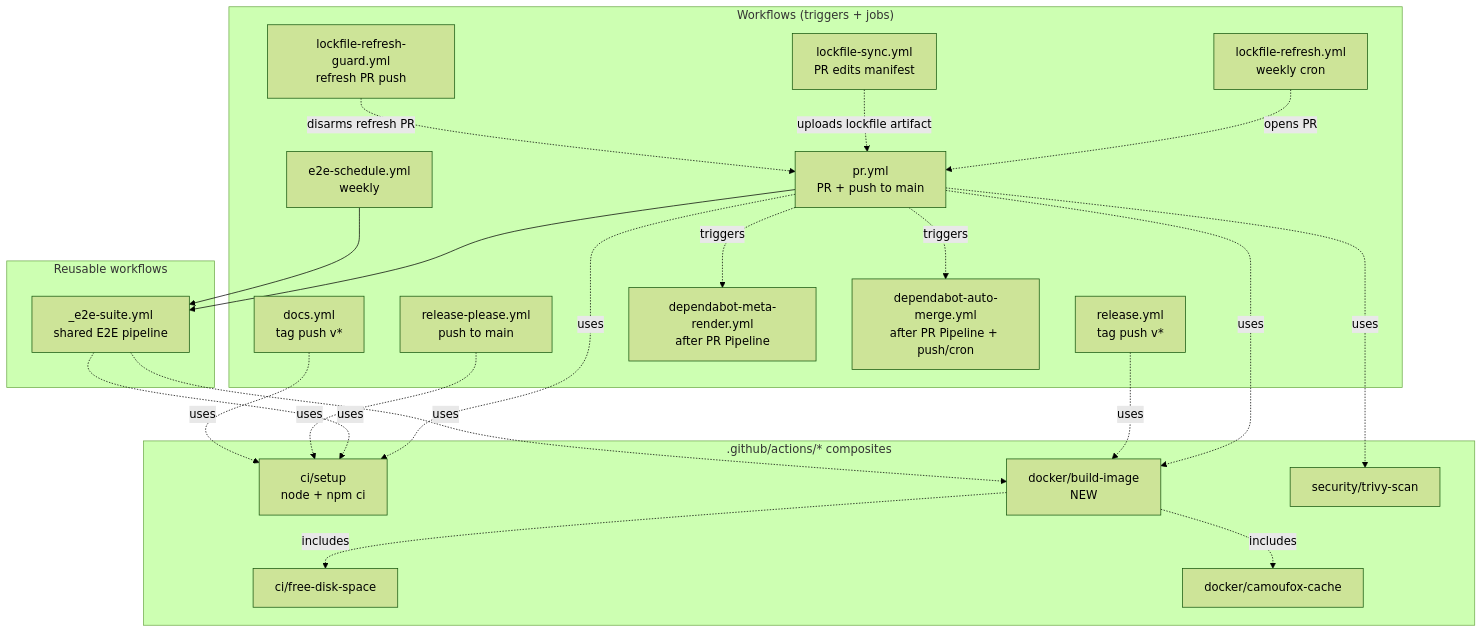
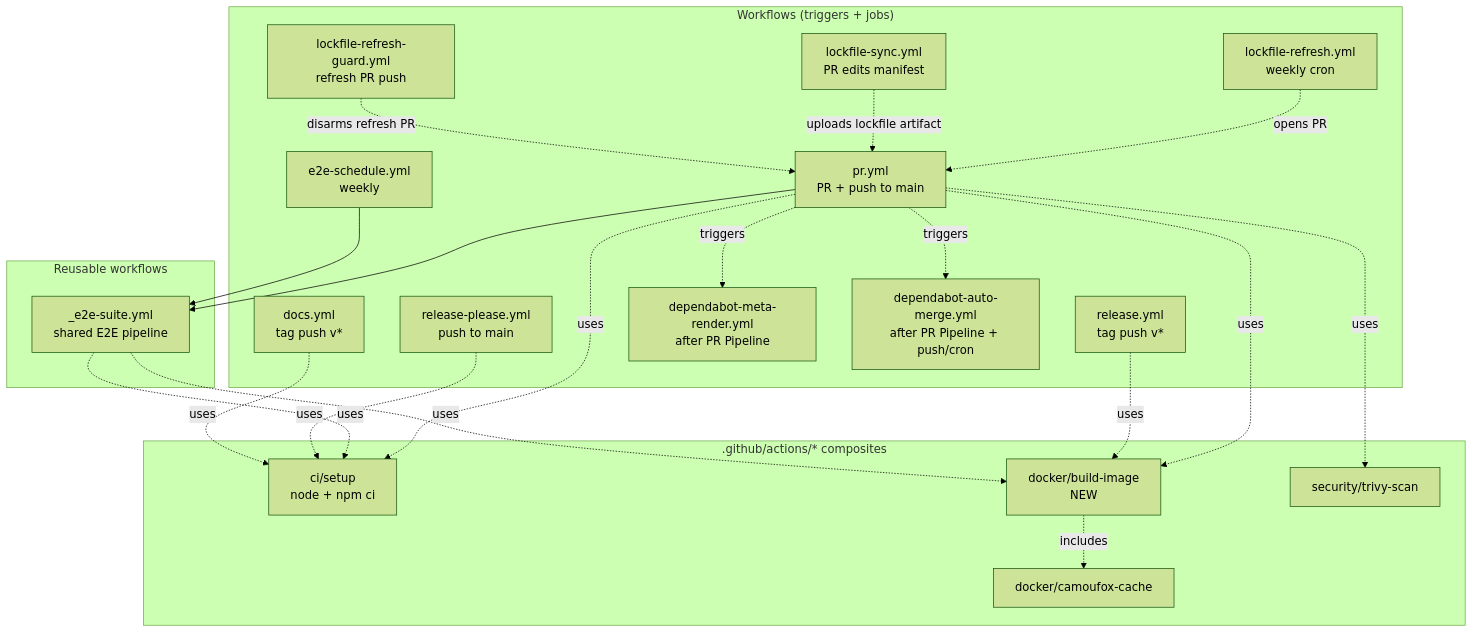
Before and after one commit to sergienko4/israeli-bank-scrapers-to-actual-budget: the first of 2 diagrams in docs/architecture/ci-pipeline.md, drawn with Mermaid (forest theme). The commit also changed other lines of this file and 13 other files, not shown here.

````diff
--- a/docs/architecture/ci-pipeline.md
+++ b/docs/architecture/ci-pipeline.md
@@ -20,45 +20,43 @@
 ```mermaid
 graph TD
   subgraph Workflows["Workflows (triggers + jobs)"]
     PR[pr.yml<br/>PR + push to main]
     REL[release.yml<br/>tag push v*]
     SCH[release-please.yml<br/>push to main]
     DOCS[docs.yml<br/>tag push v*]
     E2ES[e2e-schedule.yml<br/>weekly]
     LFR[lockfile-refresh.yml<br/>weekly cron]
     DMR[dependabot-meta-render.yml<br/>after PR Pipeline]
     DAM[dependabot-auto-merge.yml<br/>after PR Pipeline + push/cron]
     LFS[lockfile-sync.yml<br/>PR edits manifest]
     LFG[lockfile-refresh-guard.yml<br/>refresh PR push]
   end
 
   subgraph Reusable["Reusable workflows"]
     E2E[_e2e-suite.yml<br/>shared E2E pipeline]
   end
 
   subgraph Composites[".github/actions/* composites"]
     SETUP[ci/setup<br/>node + npm ci]
-    FREE[ci/free-disk-space]
     CAM[docker/camoufox-cache]
     BUILD[docker/build-image<br/>NEW]
     TRIVY[security/trivy-scan]
   end
 
   PR --> E2E
   PR -.triggers.-> DMR
   PR -.triggers.-> DAM
   E2ES --> E2E
   LFR -.opens PR.-> PR
   LFS -.uploads lockfile artifact.-> PR
   LFG -.disarms refresh PR.-> PR
   PR -.uses.-> SETUP
   PR -.uses.-> BUILD
   PR -.uses.-> TRIVY
   REL -.uses.-> BUILD
   E2E -.uses.-> SETUP
   E2E -.uses.-> BUILD
   SCH -.uses.-> SETUP
   DOCS -.uses.-> SETUP
-  BUILD -.includes.-> FREE
   BUILD -.includes.-> CAM
 ```
````
